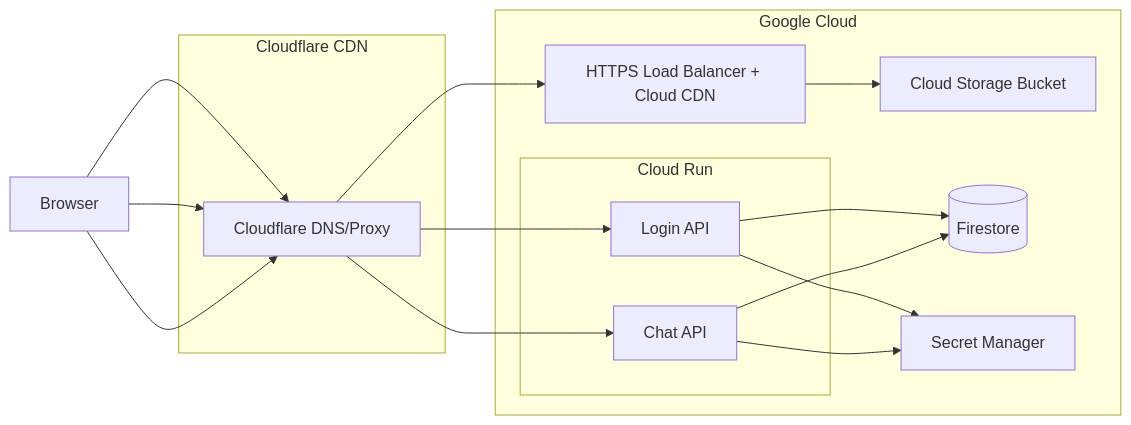
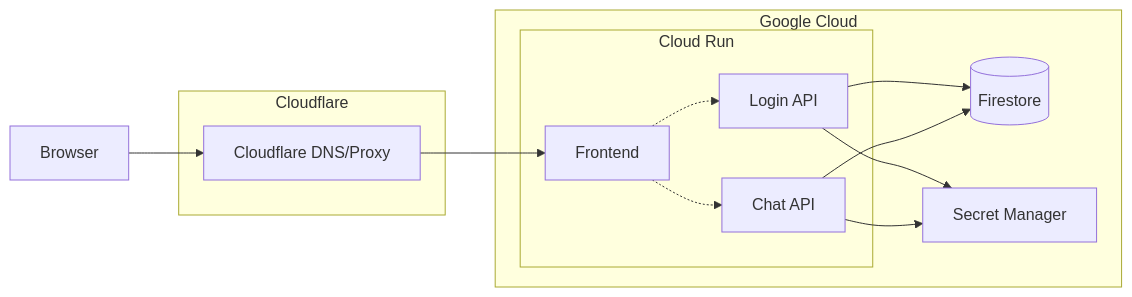
One commit to lukelarue/lukelaruecom changed the diagram in infra/README.md. Above: the diagram before and after it, drawn with Mermaid. The commit also changed other lines of this file and 4 other files, not shown here.

Commit message:
remove load balancer

````diff
--- a/infra/README.md
+++ b/infra/README.md
@@ -73,25 +73,24 @@
 ```mermaid
 flowchart LR
-  subgraph Cloudflare CDN
+  subgraph Cloudflare
     CF[Cloudflare DNS/Proxy]
   end
   subgraph Google Cloud
-    CDN[HTTPS Load Balancer + Cloud CDN]
-    Bucket[Cloud Storage Bucket]
     subgraph Cloud Run
+      Frontend[Frontend]
       LoginAPI[Login API]
       ChatAPI[Chat API]
     end
     Firestore[(Firestore)]
     Secrets[Secret Manager]
   end
-  FrontendUser[Browser]
+  Browser[Browser]
 
-  FrontendUser --> CF --> CDN --> Bucket
-  FrontendUser --> CF --> LoginAPI
-  FrontendUser --> CF --> ChatAPI
+  Browser --> CF --> Frontend
+  Frontend -.-> LoginAPI
+  Frontend -.-> ChatAPI
   LoginAPI --> Firestore
   ChatAPI --> Firestore
   LoginAPI --> Secrets
   ChatAPI --> Secrets
 ```
````
